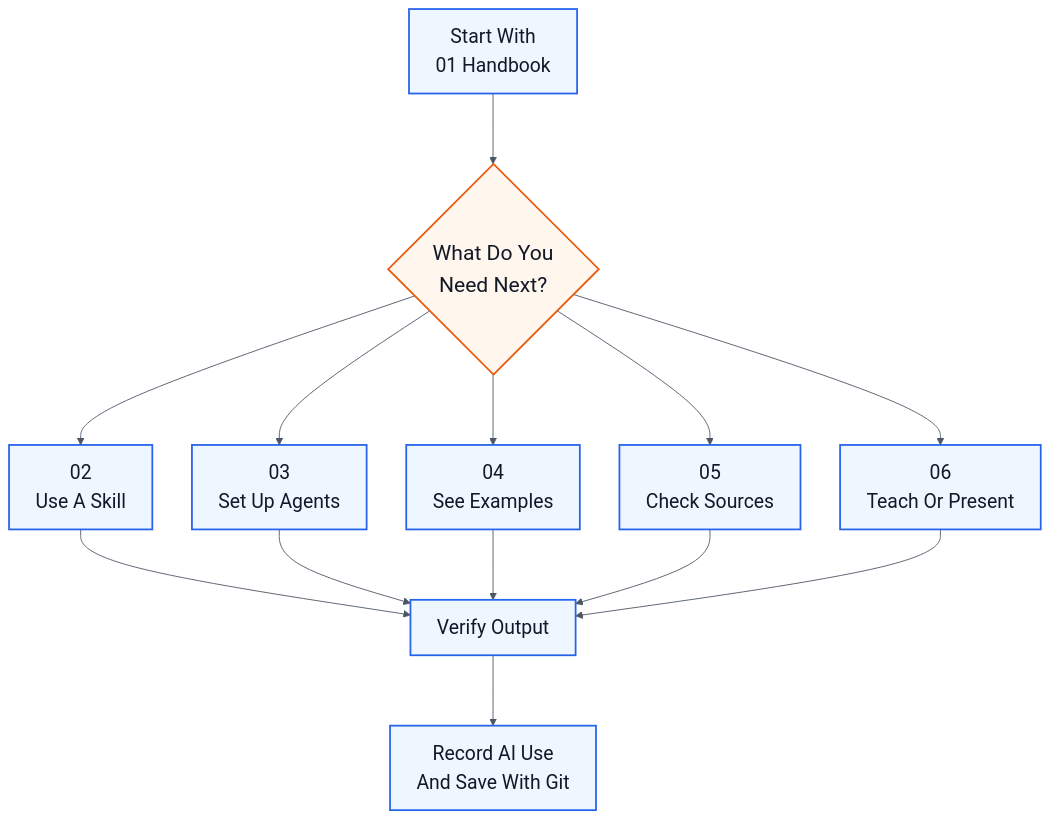
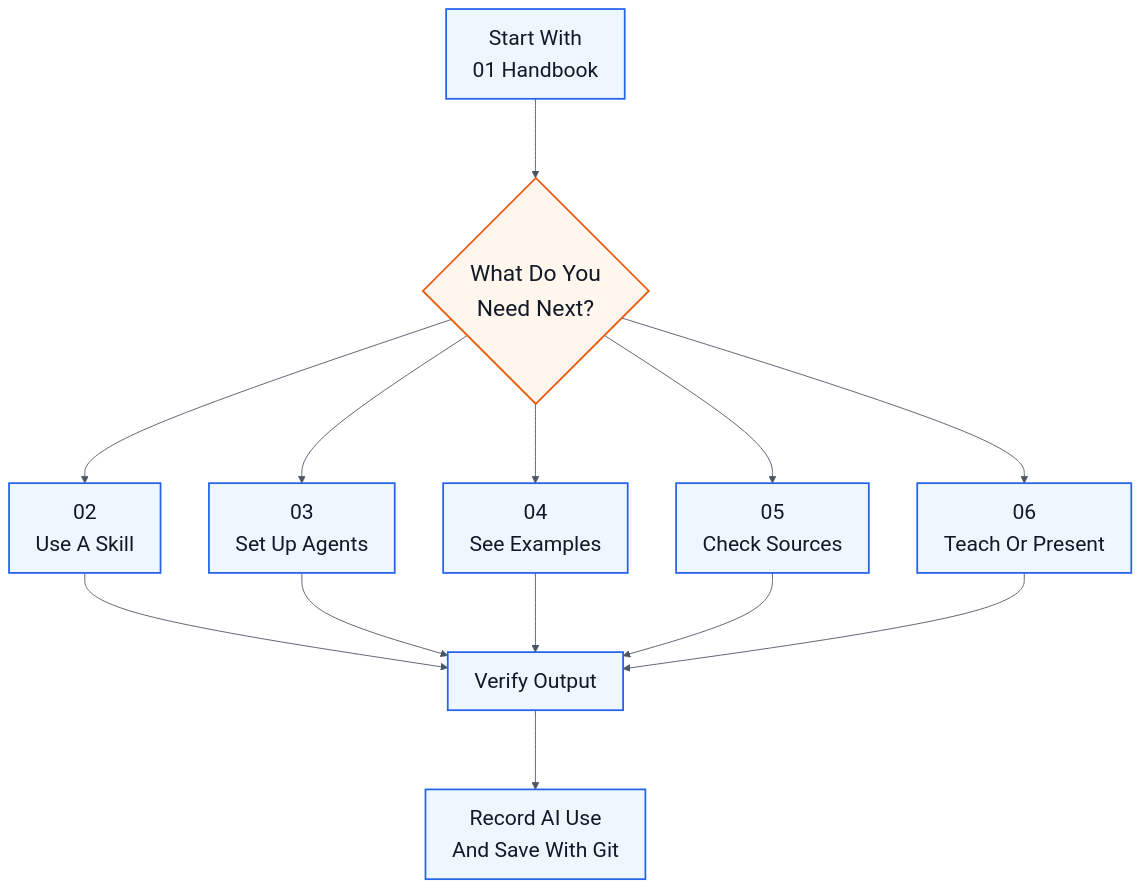
The second of 3 diagrams in README.md (SuperJayLiu/AI-for-Economics-and-Finance-Research), drawn with Mermaid before and after one commit. The commit also changed other lines of this file and 28 other files, not shown here.

````diff
--- a/README.md
+++ b/README.md
@@ -90,28 +113,28 @@
 ```mermaid
-%%{init: {"theme": "base", "flowchart": {"htmlLabels": true, "nodeSpacing": 45, "rankSpacing": 80}, "themeVariables": {"fontSize": "22px", "fontFamily": "Arial", "primaryColor": "#EEF7FF", "primaryBorderColor": "#2563EB", "primaryTextColor": "#111827", "lineColor": "#4B5563"}}}%%
+%%{init: {"theme": "base", "flowchart": {"htmlLabels": true, "nodeSpacing": 55, "rankSpacing": 90}, "themeVariables": {"fontSize": "24px", "fontFamily": "Arial", "primaryColor": "#EEF7FF", "primaryBorderColor": "#2563EB", "primaryTextColor": "#111827", "lineColor": "#4B5563"}}}%%
 flowchart TD
   R["Start With<br/>01 Handbook"] --> Q{"What Do You<br/>Need Next?"}
   Q --> S["02<br/>Use A Skill"]
   Q --> A["03<br/>Set Up Agents"]
   Q --> E["04<br/>See Examples"]
   Q --> L["05<br/>Check Sources"]
   Q --> P["06<br/>Teach Or Present"]
   S --> V["Verify Output"]
   A --> V
   E --> V
   L --> V
   P --> V
   V --> G["Record AI Use<br/>And Save With Git"]
 
-  classDef decision fill:#FFF7ED,stroke:#EA580C,stroke-width:2px,color:#111827,font-size:24px;
-  classDef step fill:#EEF7FF,stroke:#2563EB,stroke-width:2px,color:#111827,font-size:22px;
+  classDef decision fill:#FFF7ED,stroke:#EA580C,stroke-width:2px,color:#111827,font-size:26px;
+  classDef step fill:#EEF7FF,stroke:#2563EB,stroke-width:2px,color:#111827,font-size:24px;
   class Q decision;
   class R,S,A,E,L,P,V,G step;
 
   click R "01-Start-Here-to-Learn-AI-for-Econ-Finance-Research/README.md" "Open the handbook"
   click S "02-Copy-and-Use-AI-Research-Instructions-and-Templates/README.md" "Open skills"
   click A "03-Set-Up-Agents-and-Automated-Research-Workflows/README.md" "Open setup"
   click E "04-See-Examples-Diagrams-and-Failure-Cases/README.md" "Open examples"
   click L "05-Check-Builders-Official-Docs-and-Resources/README.md" "Open sources"
   click P "06-Teach-Workshops-Practice-Talks-and-Share-Slides/README.md" "Open teaching materials"
 ```
````
